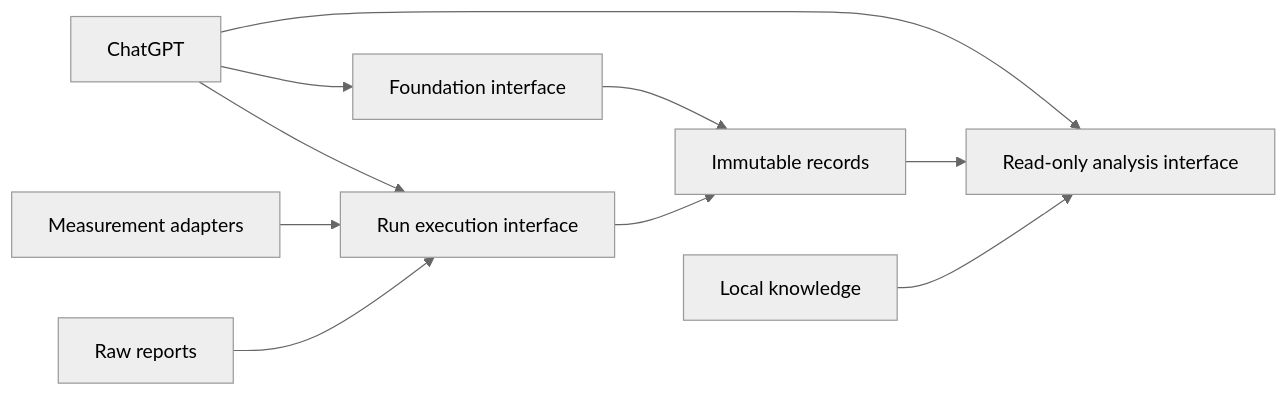
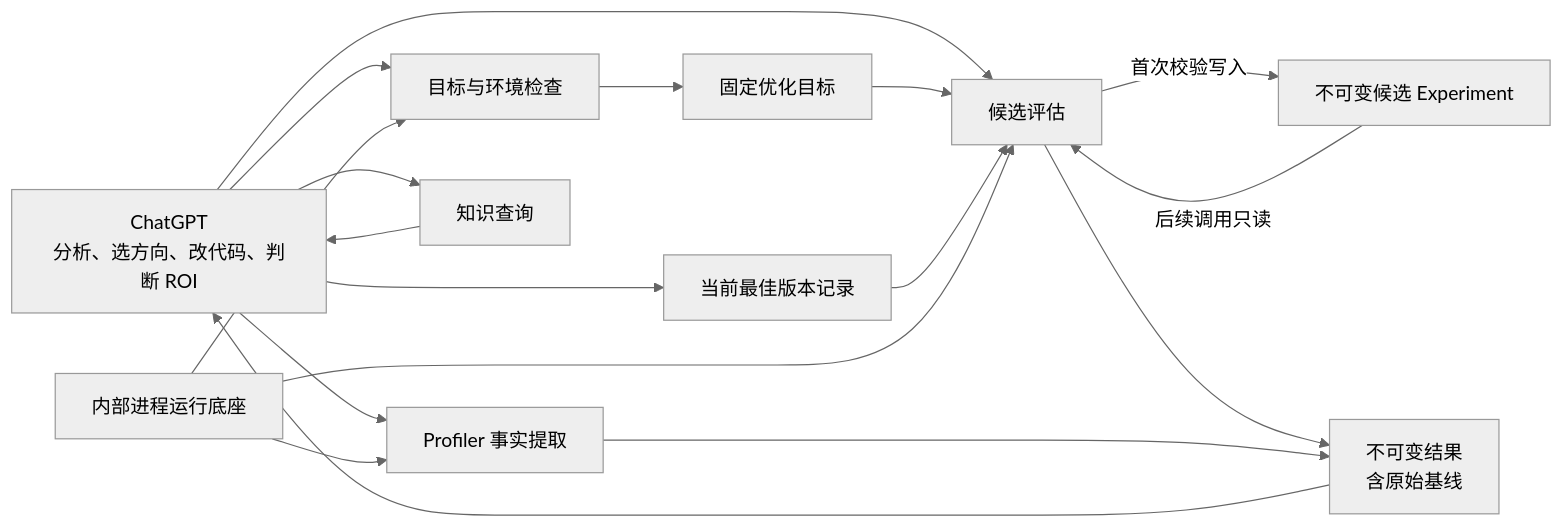
One commit to troycheng/cuda-kernel-optimizer changed the first of 2 diagrams in docs/maintenance/v1.4-architecture-decision.md. Above: the diagram before and after it, drawn with Mermaid (neutral theme). The commit also changed other lines of this file and 1 other file, not shown here.

````diff
--- a/docs/maintenance/v1.4-architecture-decision.md
+++ b/docs/maintenance/v1.4-architecture-decision.md
@@ -154,12 +91,31 @@
 ```mermaid
 flowchart LR
-    ai["ChatGPT"] --> foundation["Foundation interface"]
-    ai --> read["Read-only analysis interface"]
-    ai --> run["Run execution interface"]
-    foundation --> records["Immutable records"]
-    run --> records
-    records --> read
-    adapters["Measurement adapters"] --> run
-    raw["Raw reports"] --> run
-    knowledge["Local knowledge"] --> read
+    chatgpt["ChatGPT<br/>分析、选方向、改代码、判断 ROI"]
+    readiness["目标与环境检查"]
+    evaluate["候选评估"]
+    profiler["Profiler 事实提取"]
+    knowledge["知识查询"]
+    runner["内部进程运行底座"]
+    target["固定优化目标"]
+    experiment["不可变候选 Experiment"]
+    results["不可变结果<br/>含原始基线"]
+    champion["当前最佳版本记录"]
+
+    chatgpt --> readiness
+    chatgpt --> evaluate
+    chatgpt --> profiler
+    chatgpt --> knowledge
+    readiness --> target
+    target --> evaluate
+    evaluate -->|"首次校验写入"| experiment
+    experiment -->|"后续调用只读"| evaluate
+    evaluate --> results
+    profiler --> results
+    results --> chatgpt
+    knowledge --> chatgpt
+    chatgpt --> champion
+    champion --> evaluate
+    runner --> readiness
+    runner --> evaluate
+    runner --> profiler
 ```
````
